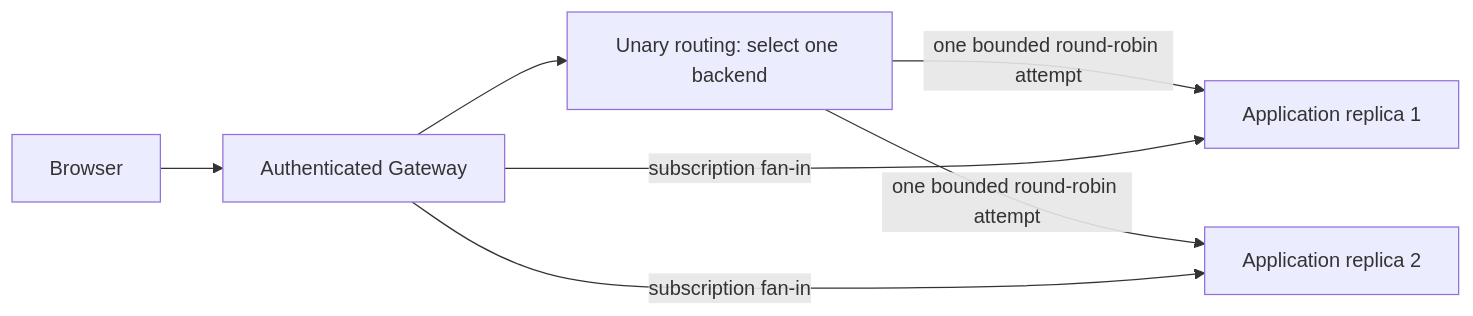
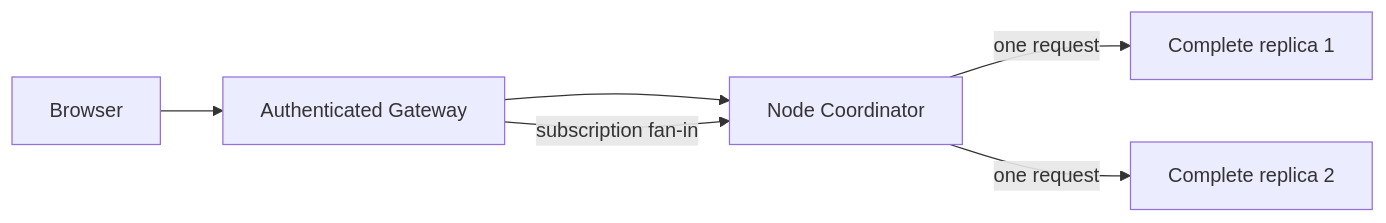
The diagram in examples/message-board/deploy/README.md (SpineEventEngine/spine-ts), drawn with Mermaid before and after one commit. The commit also changed other lines of this file and 21 other files, not shown here.

````diff
--- a/examples/message-board/deploy/README.md
+++ b/examples/message-board/deploy/README.md
@@ -8,9 +8,8 @@
 ```mermaid
 flowchart LR
   Browser --> Gateway[Authenticated Gateway]
-  Gateway --> Select[Unary routing: select one backend]
-  Select -->|one bounded round-robin attempt| AppOne[Application replica 1]
-  Select -->|one bounded round-robin attempt| AppTwo[Application replica 2]
-  Gateway -->|subscription fan-in| AppOne
-  Gateway -->|subscription fan-in| AppTwo
+  Gateway --> Coordinator[Node Coordinator]
+  Coordinator -->|one request| AppOne[Complete replica 1]
+  Coordinator -->|one request| AppTwo[Complete replica 2]
+  Gateway -->|subscription fan-in| Coordinator
 ```
````
